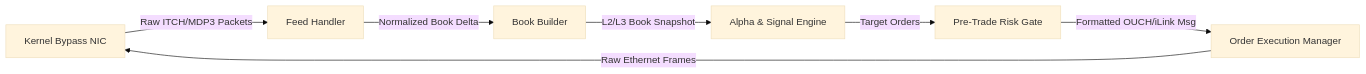
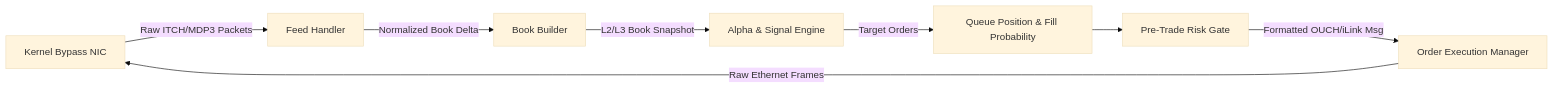
One commit to shreejitverma/SDE-Interview-Prep changed the diagram in 14-Low-Latency-Systems/11 - Participant-Side Systems/MOC - 11 Participant-Side Systems.md. Above: the diagram before and after it, drawn with Mermaid (base theme). The commit also changed other lines of this file and 10 other files, not shown here.

````diff
--- a/14-Low-Latency-Systems/11 - Participant-Side Systems/MOC - 11 Participant-Side Systems.md
+++ b/14-Low-Latency-Systems/11 - Participant-Side Systems/MOC - 11 Participant-Side Systems.md
@@ -13,9 +13,10 @@
 ```mermaid
 flowchart LR
     NIC[Kernel Bypass NIC] -->|Raw ITCH/MDP3 Packets| FH[Feed Handler]
     FH -->|Normalized Book Delta| BB[Book Builder]
     BB -->|L2/L3 Book Snapshot| SIG[Alpha & Signal Engine]
-    SIG -->|Target Orders| PR[Pre-Trade Risk Gate]
+    SIG -->|Target Orders| Q_TRACK[Queue Position & Fill Probability]
+    Q_TRACK --> PR[Pre-Trade Risk Gate]
     PR -->|Formatted OUCH/iLink Msg| OE[Order Execution Manager]
     OE -->|Raw Ethernet Frames| NIC
 ```
````
